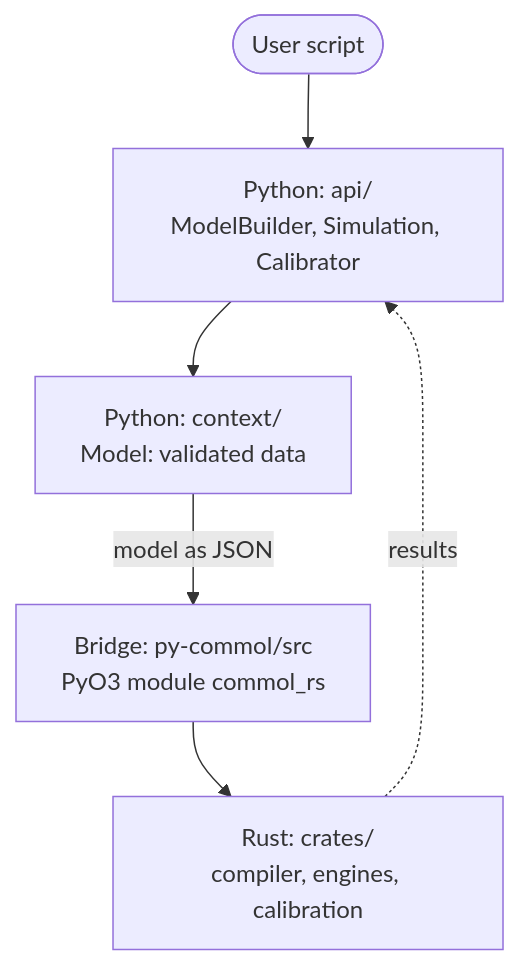
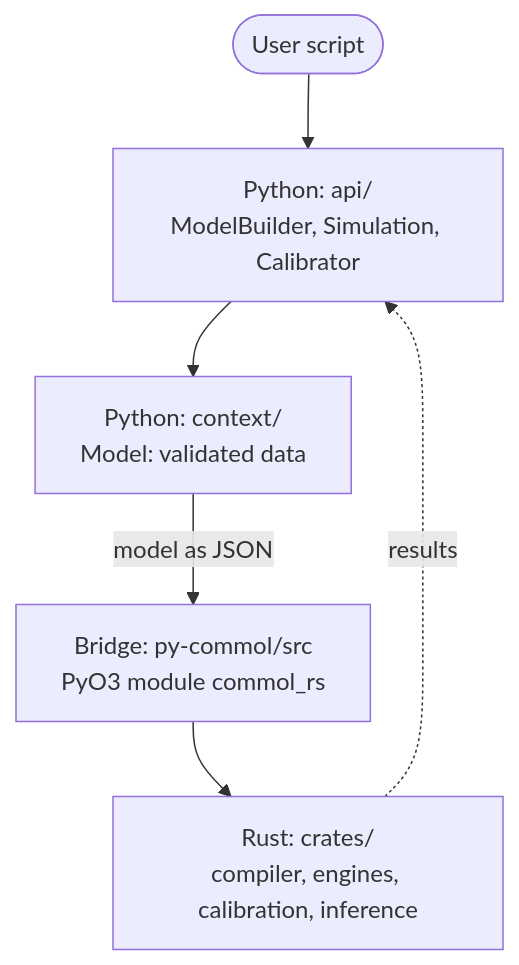
The first of 3 diagrams in docs/codebase/architecture.md (MUNQU/commol), drawn with Mermaid before and after one commit. The commit also changed other lines of this file, not shown here.

Commit message:
docs(codebase): name inference in the big picture of the architecture

````diff
--- a/docs/codebase/architecture.md
+++ b/docs/codebase/architecture.md
@@ -16,13 +16,13 @@
 ```mermaid
 flowchart TB
     U([User script])
     API["Python: api/<br/>ModelBuilder, Simulation, Calibrator"]
     CTX["Python: context/<br/>Model: validated data"]
     BR["Bridge: py-commol/src<br/>PyO3 module commol_rs"]
-    RS["Rust: crates/<br/>compiler, engines, calibration"]
+    RS["Rust: crates/<br/>compiler, engines, calibration, inference"]
     U --> API
     API --> CTX
     CTX -->|model as JSON| BR
     BR --> RS
     RS -.->|results| API
 ```
````
